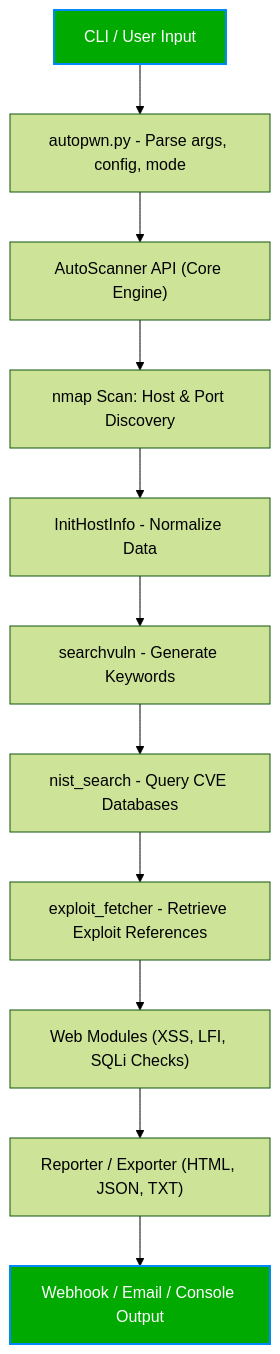
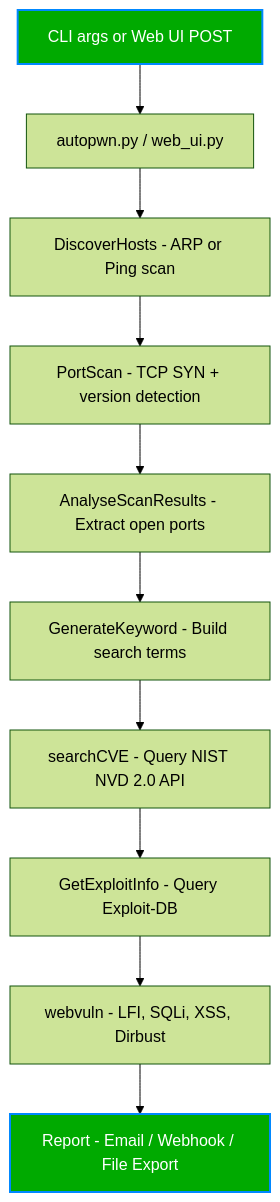
The third of 3 diagrams in _pages/projects/autopwn-suite.md (GamehunterKaan/kaangultekin.net), drawn with Mermaid (forest theme) before and after one commit. The commit also changed other lines of this file, not shown here.

Commit message:
Updated AutoPWN Suite project page

```diff
--- a/_pages/projects/autopwn-suite.md
+++ b/_pages/projects/autopwn-suite.md
@@ -101,16 +167,15 @@
 <div class="mermaid">
 flowchart TD
-    A["CLI / User Input"] --> B["autopwn.py - Parse args, config, mode"]
-    B --> C["AutoScanner API (Core Engine)"]
-    C --> D["nmap Scan: Host & Port Discovery"]
-    D --> E["InitHostInfo - Normalize Data"]
-    E --> F["searchvuln - Generate Keywords"]
-    F --> G["nist_search - Query CVE Databases"]
-    G --> H["exploit_fetcher - Retrieve Exploit References"]
-    H --> I["Web Modules (XSS, LFI, SQLi Checks)"]
-    I --> J["Reporter / Exporter (HTML, JSON, TXT)"]
-    J --> K["Webhook / Email / Console Output"]
+    A["CLI args or Web UI POST"] --> B["autopwn.py / web_ui.py"]
+    B --> C["DiscoverHosts - ARP or Ping scan"]
+    C --> D["PortScan - TCP SYN + version detection"]
+    D --> E["AnalyseScanResults - Extract open ports"]
+    E --> F["GenerateKeyword - Build search terms"]
+    F --> G["searchCVE - Query NIST NVD 2.0 API"]
+    G --> H["GetExploitInfo - Query Exploit-DB"]
+    H --> I["webvuln - LFI, SQLi, XSS, Dirbust"]
+    I --> J["Report - Email / Webhook / File Export"]
 
     style A fill:#0a0,stroke:#08f,stroke-width:2px,color:#fff
-    style K fill:#0a0,stroke:#08f,stroke-width:2px,color:#fff
+    style J fill:#0a0,stroke:#08f,stroke-width:2px,color:#fff
 </div>
```
